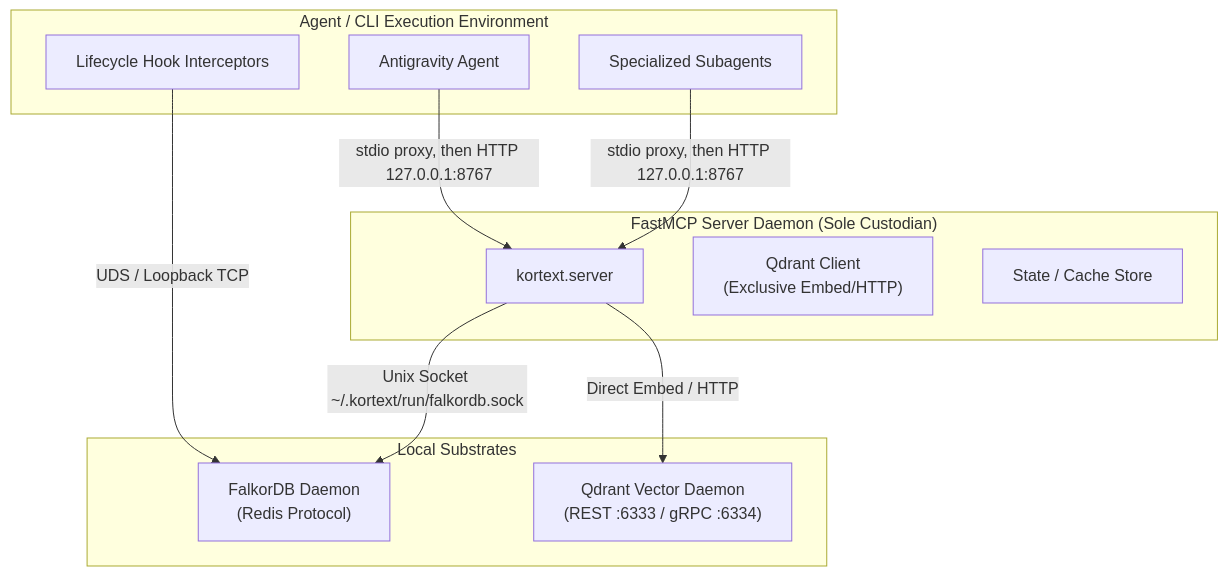
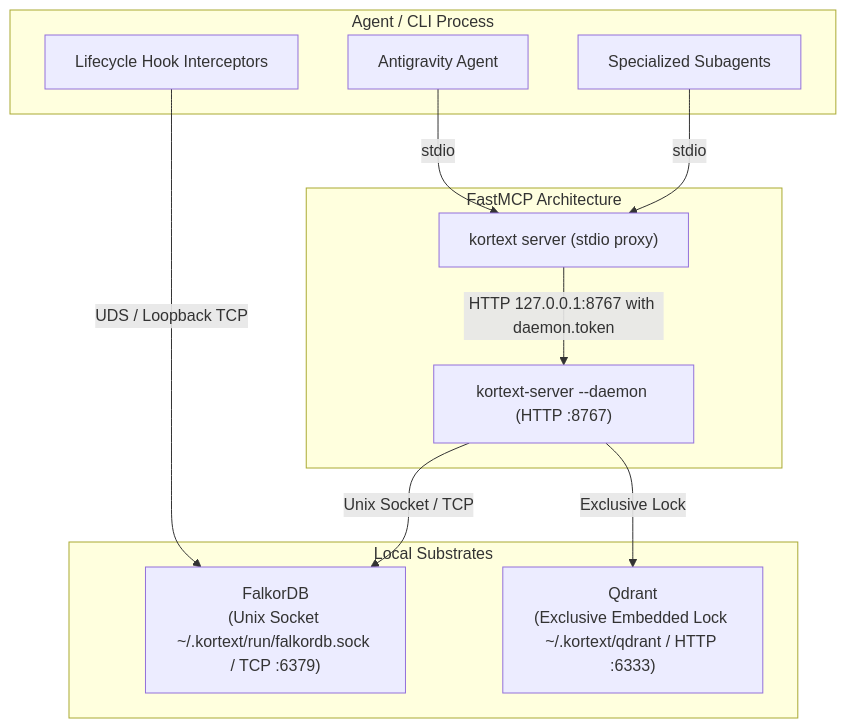
One commit to bravest-cat/kortext changed the second of 2 diagrams in docs/ARCHITECTURE.md. Above: the diagram before and after it, drawn with Mermaid. The commit also changed other lines of this file and 14 other files, not shown here.

````diff
--- a/docs/ARCHITECTURE.md
+++ b/docs/ARCHITECTURE.md
@@ -66,25 +64,25 @@
 ```mermaid
 graph TD
-    subgraph AntigravityHost["Agent / CLI Execution Environment"]
+    subgraph AntigravityHost["Agent / CLI Process"]
         Agent["Antigravity Agent"]
         Hooks["Lifecycle Hook Interceptors"]
         Subagents["Specialized Subagents"]
     end
 
-    subgraph FastMCPServer["FastMCP Server Daemon (Sole Custodian)"]
-        MCP["kortext.server"]
-        QdrantClientInstance["Qdrant Client\n(Exclusive Embed/HTTP)"]
-        RocksDBState["State / Cache Store"]
+    subgraph DaemonProxy["FastMCP Architecture"]
+        Proxy["kortext server (stdio proxy)"]
+        Daemon["kortext-server --daemon (HTTP :8767)"]
     end
 
-    subgraph Substrates["Local Substrates"]
-        FalkorDB["FalkorDB Daemon\n(Redis Protocol)"]
-        QdrantEngine["Qdrant Vector Daemon\n(REST :6333 / gRPC :6334)"]
+    subgraph LocalSubstrates["Local Substrates"]
+        FalkorDB["FalkorDB\n(Unix Socket ~/.kortext/run/falkordb.sock / TCP :6379)"]
+        QdrantEngine["Qdrant\n(Exclusive Embedded Lock ~/.kortext/qdrant / HTTP :6333)"]
     end
 
-    Agent -->|stdio proxy, then HTTP 127.0.0.1:8767| MCP
+    Agent -->|stdio| Proxy
+    Subagents -->|stdio| Proxy
+    Proxy -->|HTTP 127.0.0.1:8767 with daemon.token| Daemon
     Hooks -->|UDS / Loopback TCP| FalkorDB
-    Subagents -->|stdio proxy, then HTTP 127.0.0.1:8767| MCP
-    MCP -->|Direct Embed / HTTP| QdrantEngine
-    MCP -->|Unix Socket ~/.kortext/run/falkordb.sock| FalkorDB
+    Daemon -->|Exclusive Lock| QdrantEngine
+    Daemon -->|Unix Socket / TCP| FalkorDB
 ```
````
